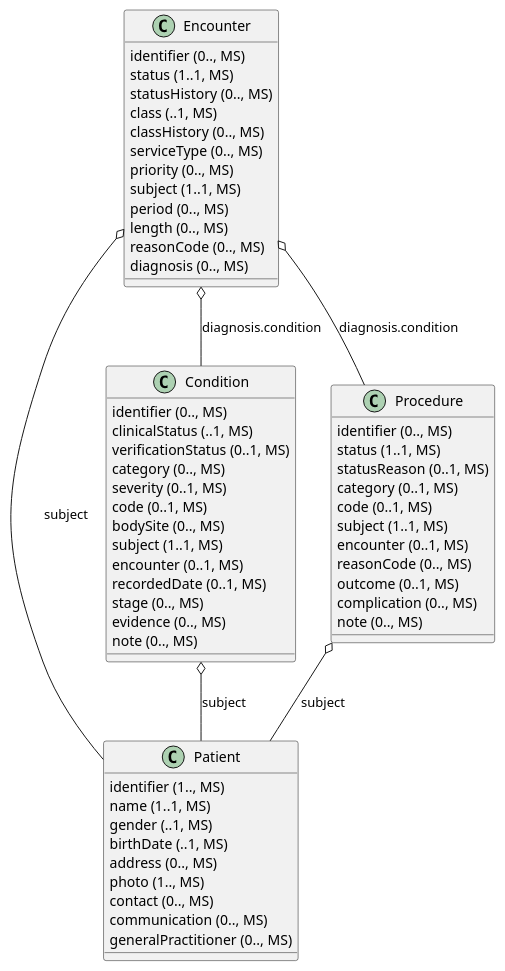
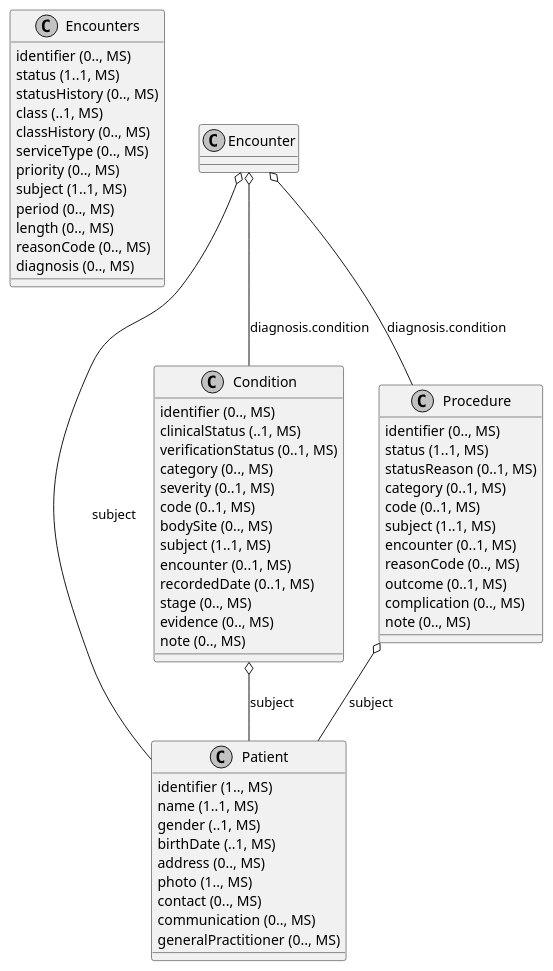
One commit to gematik/api-ti-messenger changed the diagram in src/plantuml/architecture/ClassDiagramm.CaseReference.puml. Above: the diagram before and after it, drawn with PlantUML.

Commit message:
added filename

```diff
--- a/src/plantuml/architecture/ClassDiagramm.CaseReference.puml
+++ b/src/plantuml/architecture/ClassDiagramm.CaseReference.puml
@@ -1,62 +1,62 @@
 @startuml ClassDiagram.CaseReference
-skinparam monochrome false
-class Encounter {
+skinparam monochrome true
+class Encounters {
   {field} identifier (0.., MS)
   {field} status (1..1, MS)
   {field} statusHistory (0.., MS)
   {field} class (..1, MS)
   {field} classHistory (0.., MS)
   {field} serviceType (0.., MS)
   {field} priority (0.., MS)
   {field} subject (1..1, MS)
   {field} period (0.., MS)
   {field} length (0.., MS)
   {field} reasonCode (0.., MS)
   {field} diagnosis (0.., MS)
 }
 class Patient {
   {field} identifier (1.., MS)
   {field} name (1..1, MS)
   {field} gender (..1, MS)
   {field} birthDate (..1, MS)
   {field} address (0.., MS)
   {field} photo (1.., MS)
   {field} contact (0.., MS)
   {field} communication (0.., MS)
   {field} generalPractitioner (0.., MS)
 }
 class Condition {
   {field} identifier (0.., MS)
   {field} clinicalStatus (..1, MS)
   {field} verificationStatus (0..1, MS)
   {field} category (0.., MS)
   {field} severity (0..1, MS)
   {field} code (0..1, MS)
   {field} bodySite (0.., MS)
   {field} subject (1..1, MS)
   {field} encounter (0..1, MS)
   {field} recordedDate (0..1, MS)
   {field} stage (0.., MS)
   {field} evidence (0.., MS)
   {field} note (0.., MS)
 }
 class Procedure {
   {field} identifier (0.., MS)
   {field} status (1..1, MS)
   {field} statusReason (0..1, MS)
   {field} category (0..1, MS)
   {field} code (0..1, MS)
   {field} subject (1..1, MS)
   {field} encounter (0..1, MS)
   {field} reasonCode (0.., MS)
   {field} outcome (0..1, MS)
   {field} complication (0.., MS)
   {field} note (0.., MS)
 }
 
 Encounter o-- Patient: subject
 Encounter o-- Condition: diagnosis.condition
 Encounter o-- Procedure: diagnosis.condition
 Condition o-- Patient: subject
 Procedure o-- Patient: subject
 @enduml
```
